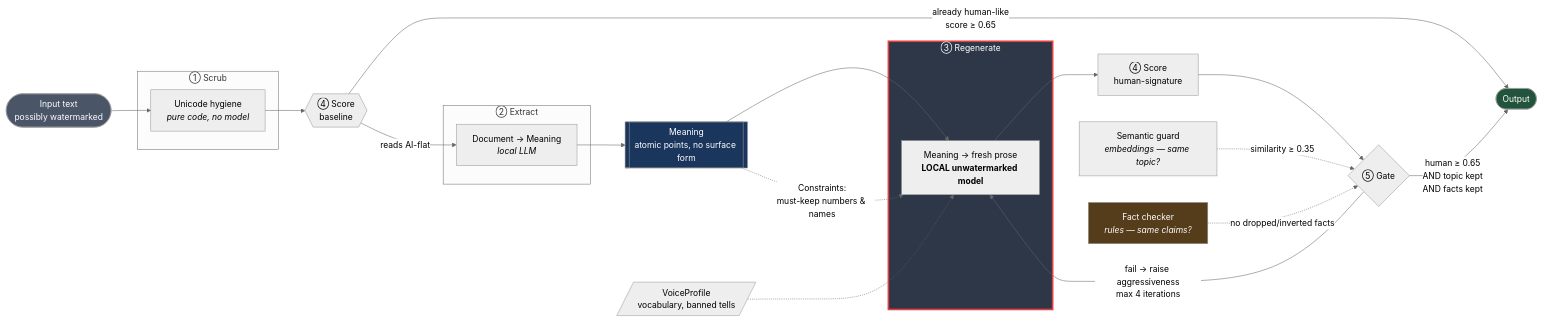
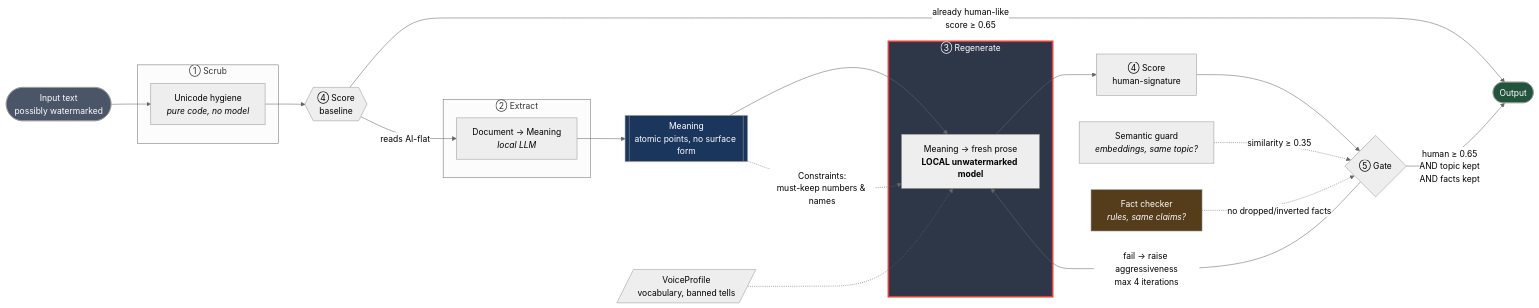
The first of 7 diagrams in docs/diagrams.md (Shreyan1/ai-text-watermark-remover), drawn with Mermaid (neutral theme) before and after one commit. The commit also changed other lines of this file and 53 other files, not shown here.

````diff
--- a/docs/diagrams.md
+++ b/docs/diagrams.md
@@ -10,39 +10,39 @@
 ```mermaid
 flowchart LR
     IN([Input text<br/>possibly watermarked]) --> S1
 
     subgraph STAGE1["① Scrub"]
         S1["Unicode hygiene<br/><i>pure code, no model</i>"]
     end
 
     S1 --> BASE{{"④ Score<br/>baseline"}}
     BASE -->|"already human-like<br/>score ≥ 0.65"| OUT
     BASE -->|"reads AI-flat"| S2
 
     subgraph STAGE2["② Extract"]
-        S2["Document → Meaning<br/><i>local LLM</i>"]
+        S2["Document -> Meaning<br/><i>local LLM</i>"]
     end
 
     S2 --> MEAN[["Meaning<br/>atomic points, no surface form"]]
     MEAN --> S3
 
     subgraph STAGE3["③ Regenerate"]
-        S3["Meaning → fresh prose<br/><b>LOCAL unwatermarked model</b>"]
+        S3["Meaning -> fresh prose<br/><b>LOCAL unwatermarked model</b>"]
     end
 
     S3 --> S4["④ Score<br/>human-signature"]
     S4 --> S5{"⑤ Gate"}
     S5 -->|"human ≥ 0.65<br/>AND topic kept<br/>AND facts kept"| OUT([Output])
-    S5 -->|"fail → raise aggressiveness<br/>max 4 iterations"| S3
+    S5 -->|"fail -> raise aggressiveness<br/>max 4 iterations"| S3
 
-    GUARD["Semantic guard<br/><i>embeddings — same topic?</i>"] -.->|"similarity ≥ 0.35"| S5
-    FACTS["Fact checker<br/><i>rules — same claims?</i>"] -.->|"no dropped/inverted facts"| S5
+    GUARD["Semantic guard<br/><i>embeddings, same topic?</i>"] -.->|"similarity ≥ 0.35"| S5
+    FACTS["Fact checker<br/><i>rules, same claims?</i>"] -.->|"no dropped/inverted facts"| S5
     MEAN -.->|"Constraints:<br/>must-keep numbers & names"| S3
     VOICE[/"VoiceProfile<br/>vocabulary, banned tells"/] -.-> S3
 
     style STAGE3 fill:#2d3748,stroke:#e53e3e,stroke-width:3px,color:#fff
     style MEAN fill:#1a365d,color:#fff
     style OUT fill:#22543d,color:#fff
     style IN fill:#4a5568,color:#fff
     style FACTS fill:#553c1a,color:#fff
 ```
````
